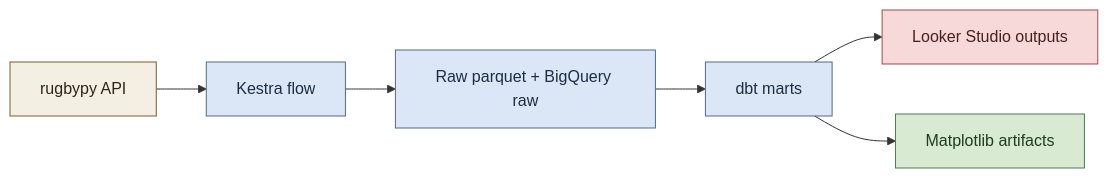
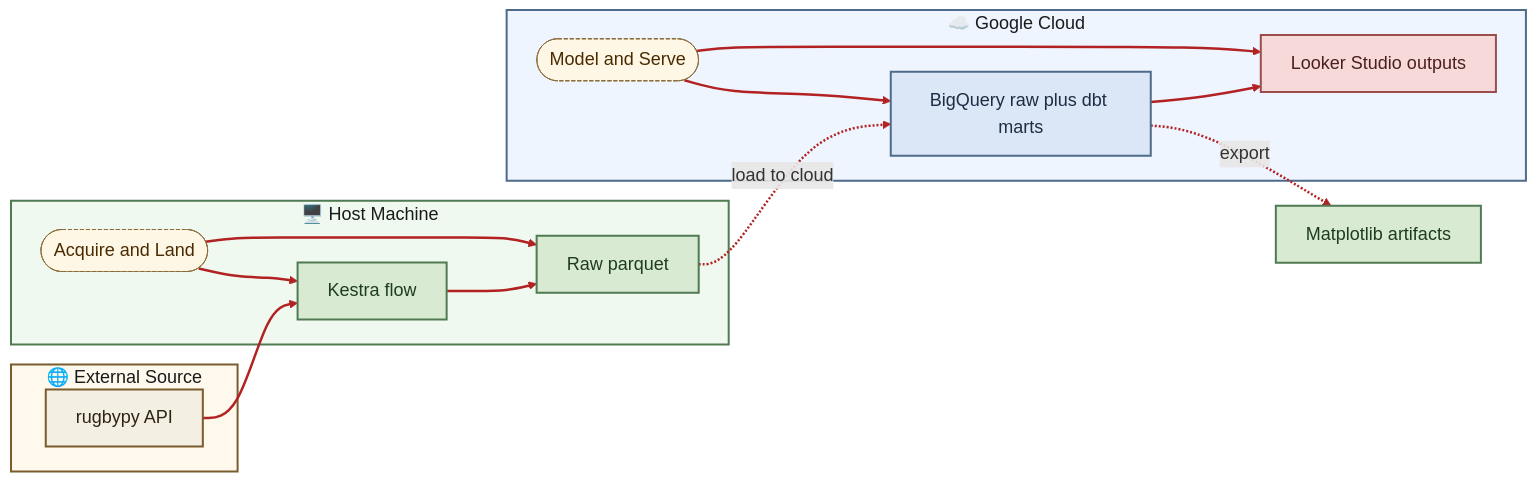
One commit to tomkeane07/rugby-data-pipeline changed the first of 2 diagrams in docs/pipelines/shared/README.md. Above: the diagram before and after it, drawn with Mermaid. The commit also changed other lines of this file and 1 other file, not shown here.

Commit message:
readme mermaid improvements

````diff
--- a/docs/pipelines/shared/README.md
+++ b/docs/pipelines/shared/README.md
@@ -10,18 +10,47 @@
 ```mermaid
+%%{init: {"flowchart": {"nodeSpacing": 30, "rankSpacing": 60, "diagramPadding": 8}, "themeVariables": {"fontSize": "18px", "lineColor": "#b22222", "titleColor": "#1a1a1a"}} }%%
 flowchart LR
-  classDef source fill:#f3efe2,stroke:#7a5c2e,color:#2f2416,stroke-width:1px;
-  classDef shared fill:#dbe7f7,stroke:#4f6b8a,color:#1d2d44,stroke-width:1px;
-  classDef looker fill:#f7d9d9,stroke:#9b4d4d,color:#4a1f1f,stroke-width:1px;
-  classDef mpl fill:#d9ead3,stroke:#4f7a52,color:#1f3b21,stroke-width:1px;
+  classDef source fill:#f3efe2,stroke:#7a5c2e,color:#2f2416,stroke-width:2px;
+  classDef host fill:#d9ead3,stroke:#4f7a52,color:#1f3b21,stroke-width:2px;
+  classDef cloud fill:#dbe7f7,stroke:#4f6b8a,color:#1d2d44,stroke-width:2px;
+  classDef serve fill:#f7d9d9,stroke:#9b4d4d,color:#4a1f1f,stroke-width:2px;
+  classDef phase fill:#fff7e6,stroke:#8a6d3b,color:#4a2b00,stroke-dasharray: 4 2;
 
-  A[rugbypy API] --> B[Kestra flow]
-  B --> C[Raw parquet + BigQuery raw]
-  C --> D[dbt marts]
-  D --> E[Looker Studio outputs]
-  D --> F[Matplotlib artifacts]
+  subgraph INTERNET["🌐 External Source"]
+    A[rugbypy API]
+  end
+
+  subgraph HOST["🖥️ Host Machine"]
+    H1([Acquire and Land])
+    B[Kestra flow]
+    C[Raw parquet]
+  end
+
+  subgraph GCP["☁️ Google Cloud"]
+    G1([Model and Serve])
+    D[BigQuery raw plus dbt marts]
+    E[Looker Studio outputs]
+  end
+
+  A --> B --> C
+  C -. load to cloud .-> D
+  D --> E
+  D -. export .-> F[Matplotlib artifacts]
+
+  H1 --> B
+  H1 --> C
+  G1 --> D
+  G1 --> E
 
   class A source;
-  class B,C,D shared;
-  class E looker;
-  class F mpl;
+  class B,C,F host;
+  class D cloud;
+  class E serve;
+  class H1,G1 phase;
+
+  linkStyle default stroke:#b22222,stroke-width:2.5px,opacity:1;
+
+  style INTERNET fill:#fff8ec,stroke:#7a5c2e,stroke-width:2px
+  style HOST fill:#eff9ef,stroke:#4f7a52,stroke-width:2px
+  style GCP fill:#eef5ff,stroke:#4f6b8a,stroke-width:2px
 ```
````
